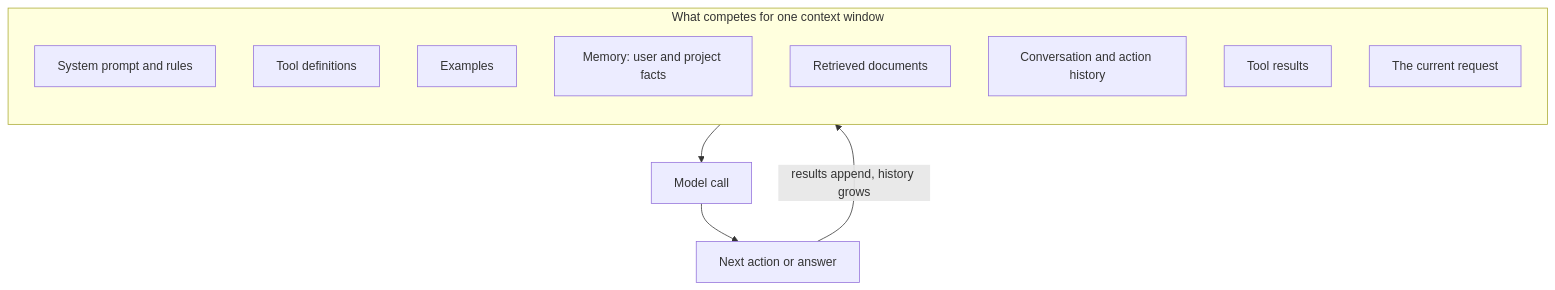
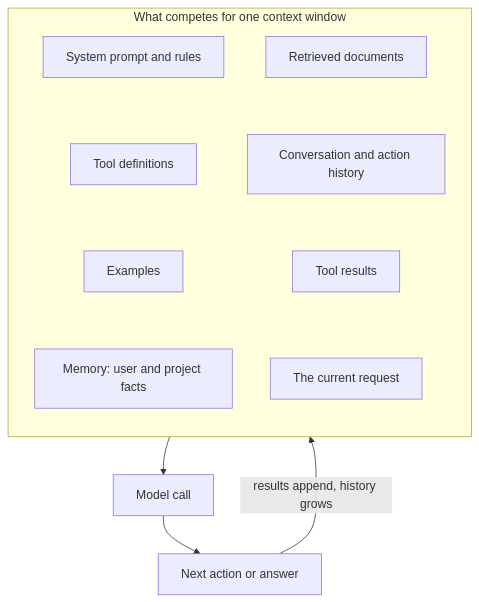
One commit to rajan-021/AI-ML changed the diagram in docs/ai-engineering/context-engineering.md. Above: the diagram before and after it, drawn with Mermaid. The commit also changed 20 other files, not shown here.

First line of the commit message:
Make diagrams readable at the content width

````diff
--- a/docs/ai-engineering/context-engineering.md
+++ b/docs/ai-engineering/context-engineering.md
@@ -23,17 +23,15 @@
 ```mermaid
 flowchart TB
     subgraph W["What competes for one context window"]
         direction TB
-        SP["System prompt and rules"]
-        TD["Tool definitions"]
-        EX["Examples"]
-        MEM["Memory: user and project facts"]
-        RET["Retrieved documents"]
-        HIS["Conversation and action history"]
-        TR["Tool results"]
-        CUR["The current request"]
+        SP["System prompt and rules"] ~~~ TD["Tool definitions"]
+        TD ~~~ EX["Examples"]
+        EX ~~~ MEM["Memory: user and project facts"]
+        RET["Retrieved documents"] ~~~ HIS["Conversation and action history"]
+        HIS ~~~ TR["Tool results"]
+        TR ~~~ CUR["The current request"]
     end
     W --> M["Model call"]
     M --> OUT["Next action or answer"]
-    OUT -->|"results append, history grows"| HIS
+    OUT -->|"results append, history grows"| W
 ```
````
